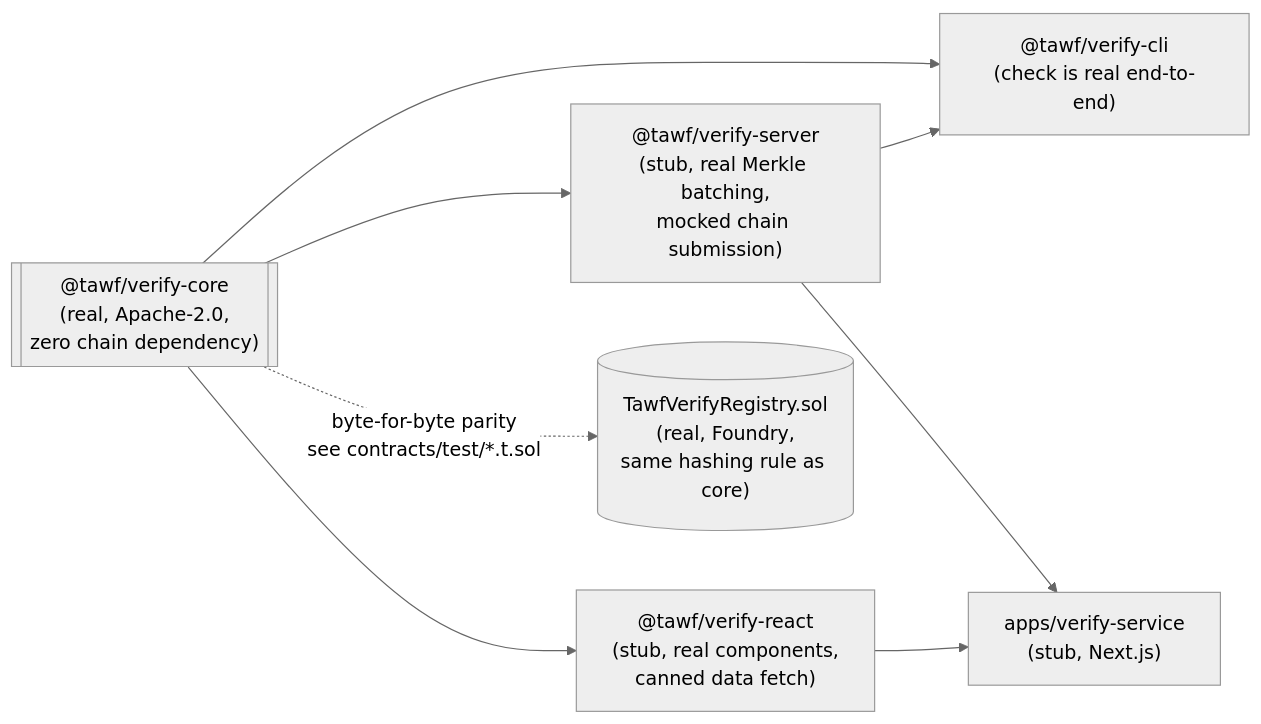
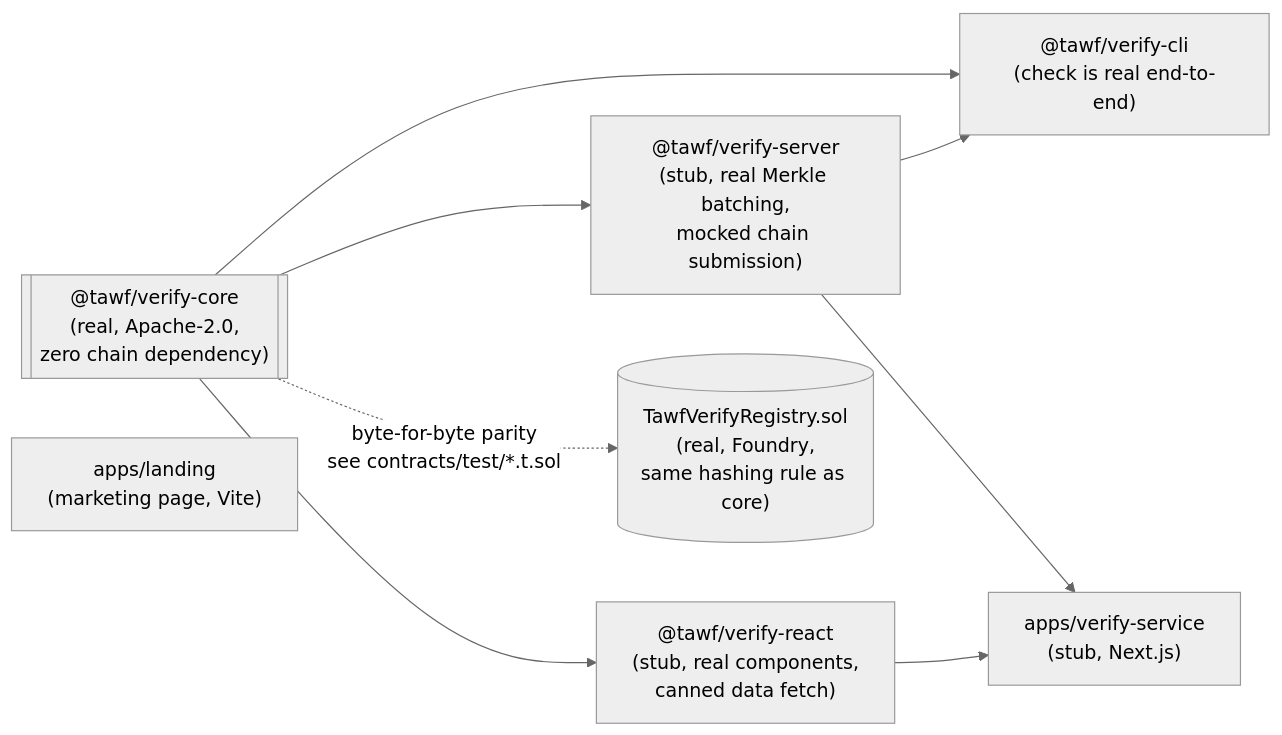
The second of 2 diagrams in README.md (tawf-labs/tawf-verify), drawn with Mermaid (neutral theme) before and after one commit. The commit also changed other lines of this file and 16 other files, not shown here.

First line of the commit message:
Add marketing landing page, built to the Tawf Islamic Foundation design system

````diff
--- a/README.md
+++ b/README.md
@@ -62,17 +63,18 @@
 ```mermaid
 flowchart LR
     core[["@tawf/verify-core<br/>(real, Apache-2.0,<br/>zero chain dependency)"]]
     server["@tawf/verify-server<br/>(stub, real Merkle batching,<br/>mocked chain submission)"]
     react["@tawf/verify-react<br/>(stub, real components,<br/>canned data fetch)"]
     cli["@tawf/verify-cli<br/>(check is real end-to-end)"]
     app["apps/verify-service<br/>(stub, Next.js)"]
+    landing["apps/landing<br/>(marketing page, Vite)"]
     contract[("TawfVerifyRegistry.sol<br/>(real, Foundry,<br/>same hashing rule as core)")]
 
     core --> server
     core --> react
     core --> cli
     server --> cli
     server --> app
     react --> app
     core -.->|"byte-for-byte parity<br/>see contracts/test/*.t.sol"| contract
 ```
````
